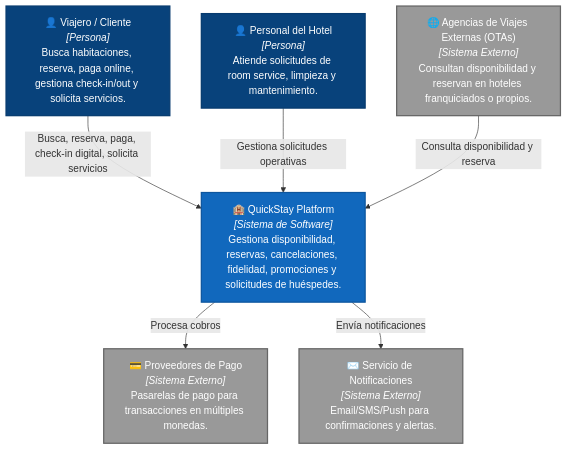
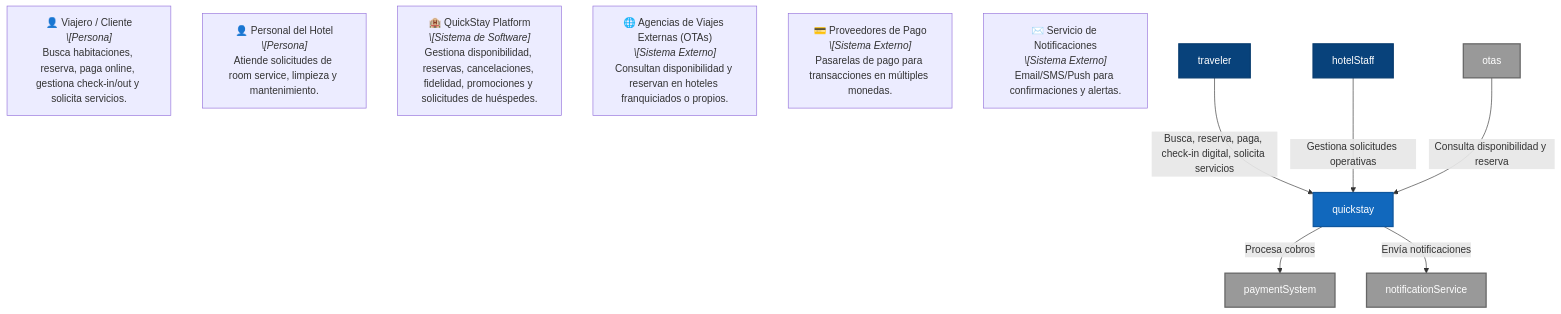
Before and after one commit to robertoq17/quickstay-hotel: the first of 3 diagrams in README.md, drawn with Mermaid. The commit also changed other lines of this file, not shown here.

````diff
--- a/README.md
+++ b/README.md
@@ -142,25 +152,25 @@
 ```mermaid
 graph TD
-    traveler["👤 Viajero / Cliente<br/><i>[Persona]</i><br/>Busca habitaciones, reserva, paga online, gestiona check-in/out y solicita servicios."]
-    hotelStaff["👤 Personal del Hotel<br/><i>[Persona]</i><br/>Atiende solicitudes de room service, limpieza y mantenimiento."]
+    traveler\["👤 Viajero / Cliente<br/><i>\[Persona]</i><br/>Busca habitaciones, reserva, paga online, gestiona check-in/out y solicita servicios."]
+    hotelStaff\["👤 Personal del Hotel<br/><i>\[Persona]</i><br/>Atiende solicitudes de room service, limpieza y mantenimiento."]
 
-    quickstay["🏨 QuickStay Platform<br/><i>[Sistema de Software]</i><br/>Gestiona disponibilidad, reservas, cancelaciones, fidelidad, promociones y solicitudes de huéspedes."]
+    quickstay\["🏨 QuickStay Platform<br/><i>\[Sistema de Software]</i><br/>Gestiona disponibilidad, reservas, cancelaciones, fidelidad, promociones y solicitudes de huéspedes."]
 
-    otas["🌐 Agencias de Viajes Externas (OTAs)<br/><i>[Sistema Externo]</i><br/>Consultan disponibilidad y reservan en hoteles franquiciados o propios."]
-    paymentSystem["💳 Proveedores de Pago<br/><i>[Sistema Externo]</i><br/>Pasarelas de pago para transacciones en múltiples monedas."]
-    notificationService["✉️ Servicio de Notificaciones<br/><i>[Sistema Externo]</i><br/>Email/SMS/Push para confirmaciones y alertas."]
+    otas\["🌐 Agencias de Viajes Externas (OTAs)<br/><i>\[Sistema Externo]</i><br/>Consultan disponibilidad y reservan en hoteles franquiciados o propios."]
+    paymentSystem\["💳 Proveedores de Pago<br/><i>\[Sistema Externo]</i><br/>Pasarelas de pago para transacciones en múltiples monedas."]
+    notificationService\["✉️ Servicio de Notificaciones<br/><i>\[Sistema Externo]</i><br/>Email/SMS/Push para confirmaciones y alertas."]
 
     traveler -->|"Busca, reserva, paga, check-in digital, solicita servicios"| quickstay
     hotelStaff -->|"Gestiona solicitudes operativas"| quickstay
     otas -->|"Consulta disponibilidad y reserva"| quickstay
     quickstay -->|"Procesa cobros"| paymentSystem
     quickstay -->|"Envía notificaciones"| notificationService
 
     classDef person fill:#08427b,color:#fff,stroke:#073b6f,stroke-width:2px;
     classDef system fill:#1168bd,color:#fff,stroke:#0e569e,stroke-width:2px;
     classDef external fill:#999999,color:#fff,stroke:#666666,stroke-width:2px;
 
     class traveler,hotelStaff person;
     class quickstay system;
     class otas,paymentSystem,notificationService external;
 ```
````
